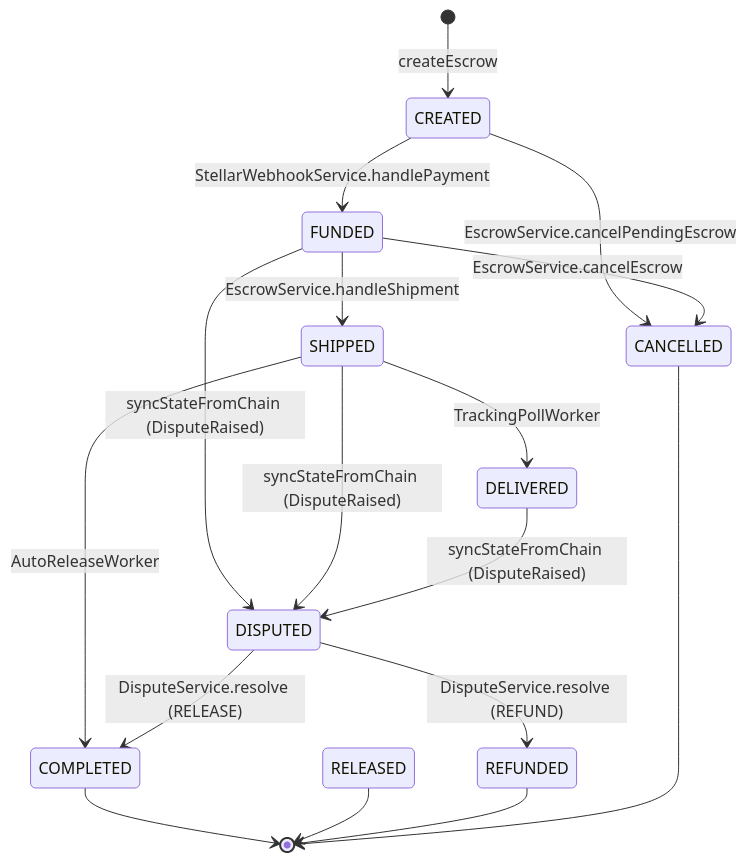
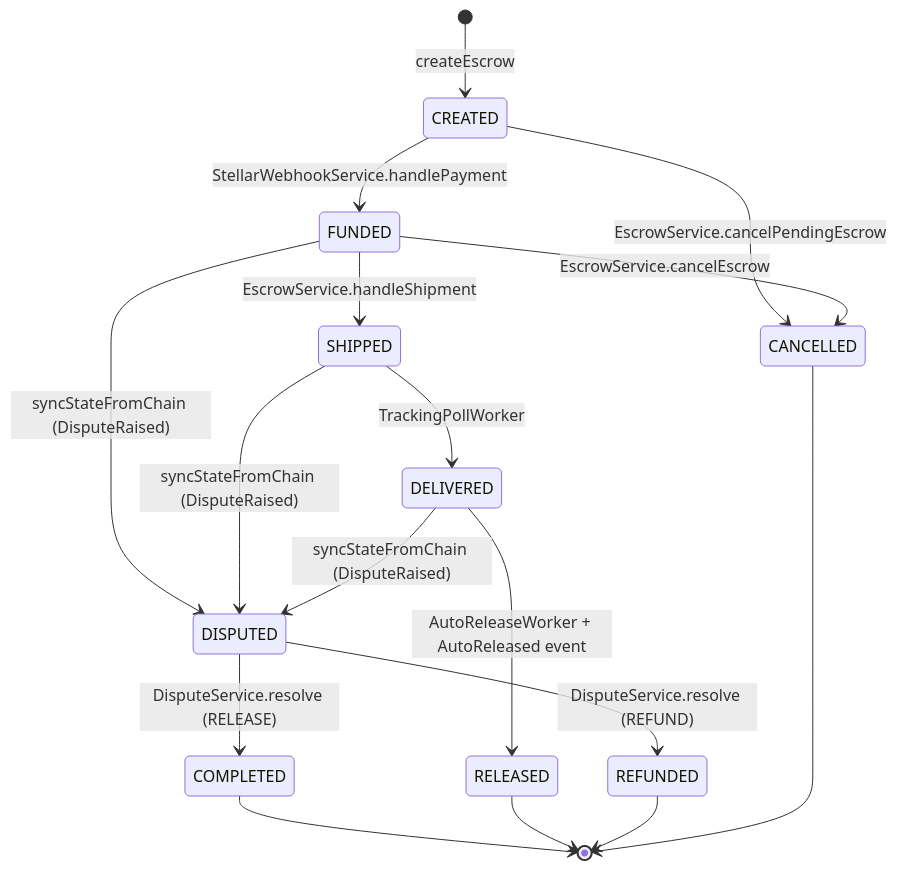
The diagram in docs/state-machine.md (JSE-ORG/trust-link-backend), drawn with Mermaid before and after one commit. The commit also changed other lines of this file and 15 other files, not shown here.

First line of the commit message:
fix(escrow): make auto-release fire, and let the chain event finalise it (#620)

````diff
--- a/docs/state-machine.md
+++ b/docs/state-machine.md
@@ -39,25 +39,25 @@
 ```mermaid
 stateDiagram-v2
     [*] --> CREATED: createEscrow
 
     CREATED --> FUNDED: StellarWebhookService.handlePayment
     CREATED --> CANCELLED: EscrowService.cancelPendingEscrow
 
     FUNDED --> SHIPPED: EscrowService.handleShipment
     FUNDED --> CANCELLED: EscrowService.cancelEscrow
     FUNDED --> DISPUTED: syncStateFromChain (DisputeRaised)
 
     SHIPPED --> DELIVERED: TrackingPollWorker
-    SHIPPED --> COMPLETED: AutoReleaseWorker
+    DELIVERED --> RELEASED: AutoReleaseWorker + AutoReleased event
     SHIPPED --> DISPUTED: syncStateFromChain (DisputeRaised)
 
     DELIVERED --> DISPUTED: syncStateFromChain (DisputeRaised)
 
     DISPUTED --> COMPLETED: DisputeService.resolve (RELEASE)
     DISPUTED --> REFUNDED: DisputeService.resolve (REFUND)
 
     COMPLETED --> [*]
     RELEASED --> [*]
     REFUNDED --> [*]
     CANCELLED --> [*]
 ```
````
